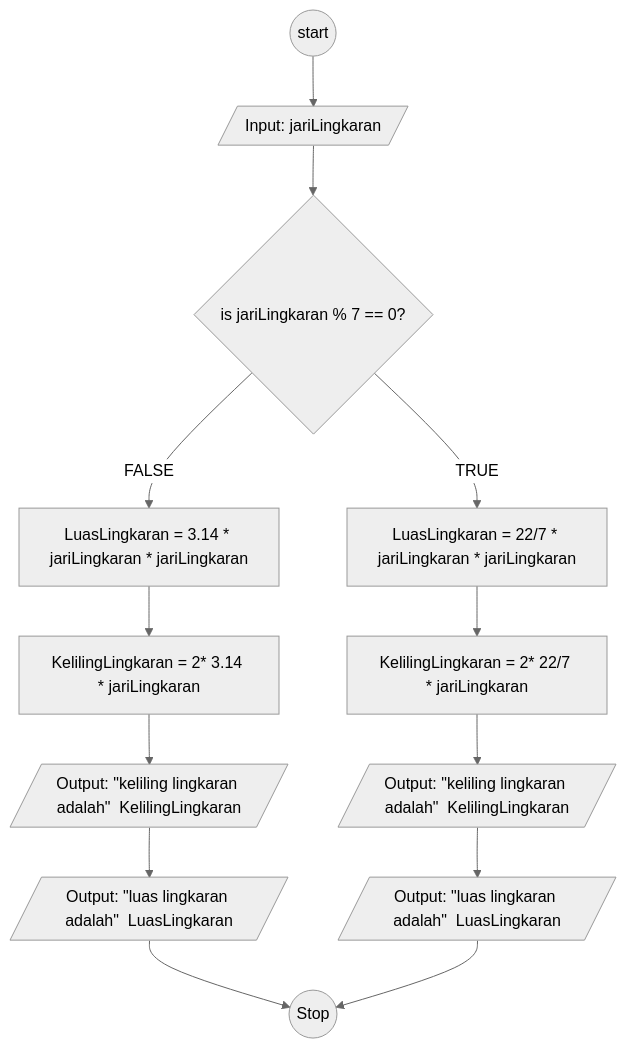
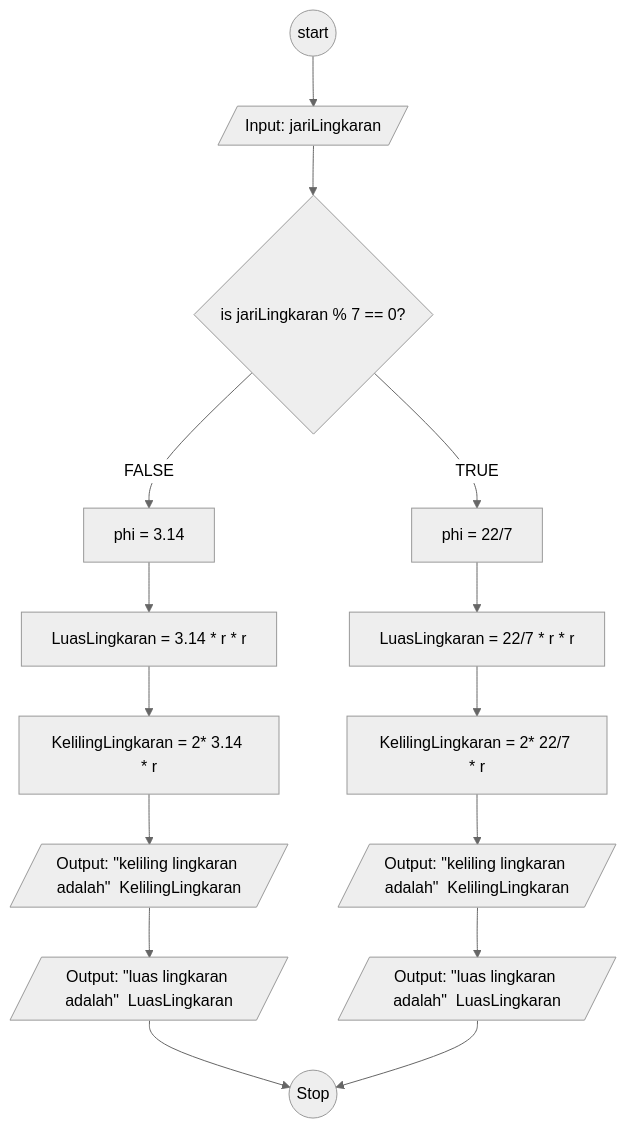
Before and after one commit to makarim22/koda-b6-javascript1: the diagram in readme.md, drawn with Mermaid (neutral theme). The commit also changed other lines of this file, not shown here.

````diff
--- a/readme.md
+++ b/readme.md
@@ -3,32 +3,34 @@
 ```mermaid
 flowchart TD
 
 A@{ shape: circle, label: "start"} --> B
 
 B@{ shape: lean-r, label: "Input: jariLingkaran" } --> H
 
 H@{ shape : diamond, label: "is jariLingkaran % 7 == 0?"}
 
-H -- FALSE --> C
+H -- TRUE --> T
+H -- FALSE --> R
 
-H -- TRUE --> U
+T@{ shape: rect, label: "phi = 22/7"} --> U
+R@{ shape: rect, label: "phi = 3.14"} --> C
 
-C@{ shape: rect, label: "LuasLingkaran = 3.14 * jariLingkaran * jariLingkaran" } --> F
+C@{ shape: rect, label: "LuasLingkaran = 3.14 * r * r" } --> F
 
-F@{ shape: rect, label: "KelilingLingkaran = 2* 3.14 * jariLingkaran" } --> K
+F@{ shape: rect, label: "KelilingLingkaran = 2* 3.14 * r" } --> K
 
-U@{ shape: rect, label: "LuasLingkaran = 22/7 * jariLingkaran * jariLingkaran" } --> I
+U@{ shape: rect, label: "LuasLingkaran = 22/7 * r * r" } --> I
 
-I@{ shape: rect, label: "KelilingLingkaran = 2* 22/7 * jariLingkaran" } --> O
+I@{ shape: rect, label: "KelilingLingkaran = 2* 22/7 * r" } --> O
 
 K@{ shape: lean-r, label: "Output: \"keliling lingkaran adalah\"  KelilingLingkaran" } --> L
 
 L@{ shape: lean-r, label: "Output: \"luas lingkaran adalah\"  LuasLingkaran" } --> J
 
 O@{ shape: lean-r, label: "Output: \"keliling lingkaran adalah\"  KelilingLingkaran" }  --> P
 
 P@{ shape: lean-r, label: "Output: \"luas lingkaran adalah\"  LuasLingkaran" } --> J
 
 J@{ shape: circle, label: "Stop" }
 
 ```
````
